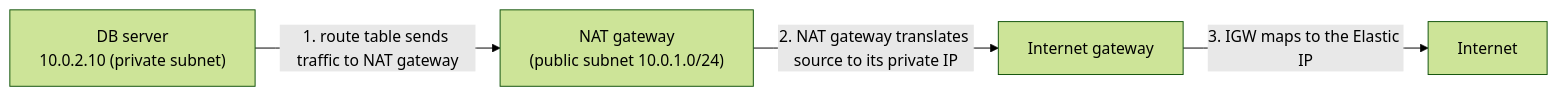
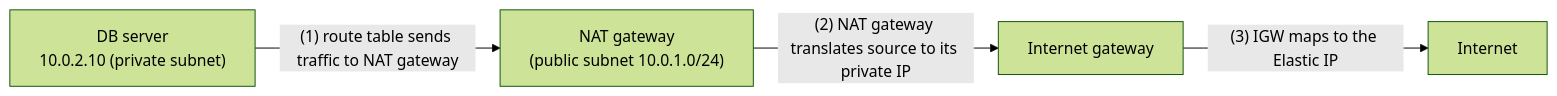
One commit to firmanains/Belajar changed the second of 3 diagrams in AWS/SAA/vpc/vpc-fundamentals.md. Above: the diagram before and after it, drawn with Mermaid (forest theme). The commit also changed 14 other files, not shown here.

First line of the commit message:
Fix Mermaid labels that rendered as "Unsupported markdown"

````diff
--- a/AWS/SAA/vpc/vpc-fundamentals.md
+++ b/AWS/SAA/vpc/vpc-fundamentals.md
@@ -65,10 +65,10 @@
 ```mermaid
 flowchart LR
   db["DB server<br>10.0.2.10 (private subnet)"]
   nat["NAT gateway<br>(public subnet 10.0.1.0/24)"]
   igw["Internet gateway"]
   net["Internet"]
-  db -->|"1. route table sends traffic to NAT gateway"| nat
-  nat -->|"2. NAT gateway translates source to its private IP"| igw
-  igw -->|"3. IGW maps to the Elastic IP"| net
+  db -->|"(1) route table sends traffic to NAT gateway"| nat
+  nat -->|"(2) NAT gateway translates source to its private IP"| igw
+  igw -->|"(3) IGW maps to the Elastic IP"| net
 ```
````
